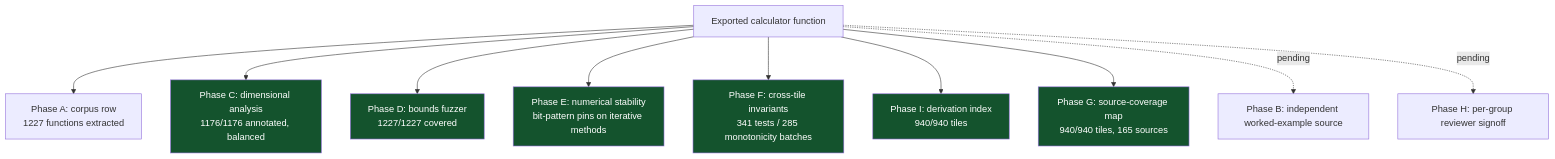
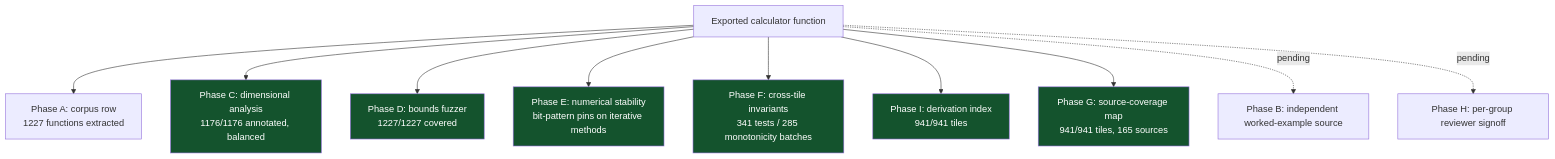
One commit to clay-good/roughlogic.com changed the sixth of 8 diagrams in README.md. Above: the diagram before and after it, drawn with Mermaid. The commit also changed other lines of this file and 16 other files, not shown here.

````diff
--- a/README.md
+++ b/README.md
@@ -519,18 +519,18 @@
 ```mermaid
 flowchart TB
     F[Exported calculator function] --> A[Phase A: corpus row\n1227 functions extracted]
     F --> C[Phase C: dimensional analysis\n1176/1176 annotated, balanced]
     F --> D[Phase D: bounds fuzzer\n1227/1227 covered]
     F --> E[Phase E: numerical stability\nbit-pattern pins on iterative methods]
     F --> Fa[Phase F: cross-tile invariants\n341 tests / 285 monotonicity batches]
-    F --> I[Phase I: derivation index\n940/940 tiles]
-    F --> G[Phase G: source-coverage map\n940/940 tiles, 165 sources]
+    F --> I[Phase I: derivation index\n941/941 tiles]
+    F --> G[Phase G: source-coverage map\n941/941 tiles, 165 sources]
     F -.pending.-> B[Phase B: independent worked-example source]
     F -.pending.-> H[Phase H: per-group reviewer signoff]
     style C fill:#14532d,color:#fff
     style D fill:#14532d,color:#fff
     style E fill:#14532d,color:#fff
     style Fa fill:#14532d,color:#fff
     style G fill:#14532d,color:#fff
     style I fill:#14532d,color:#fff
 ```
````
